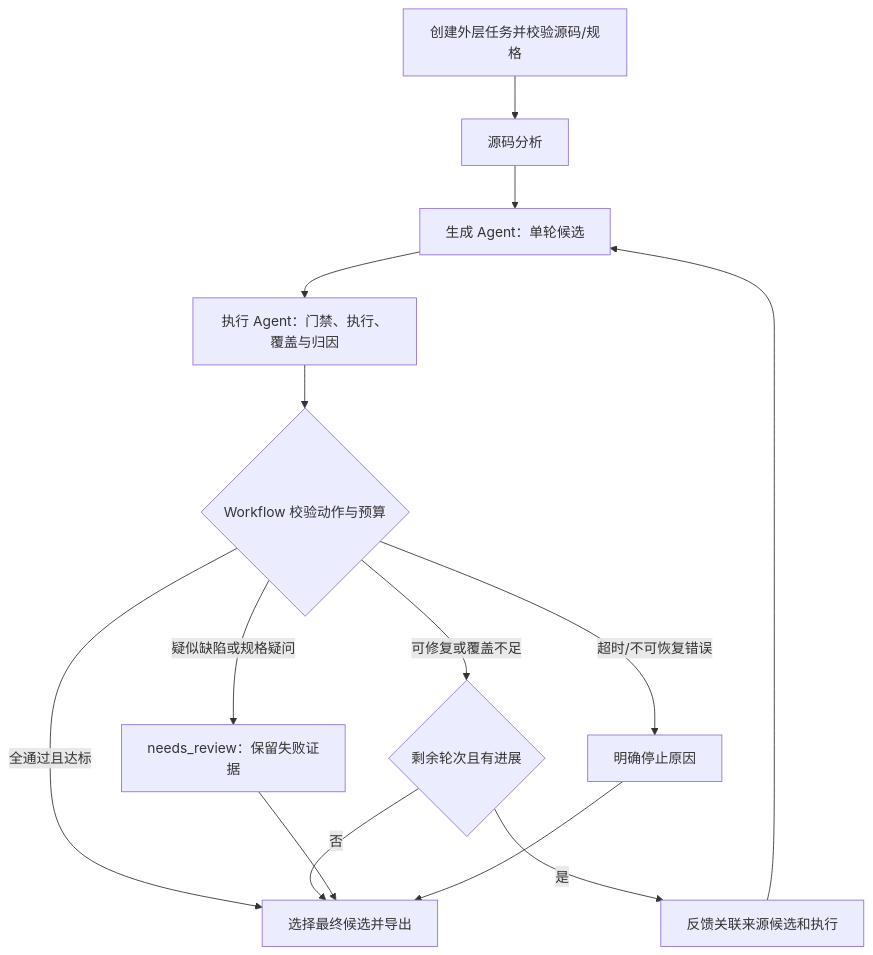
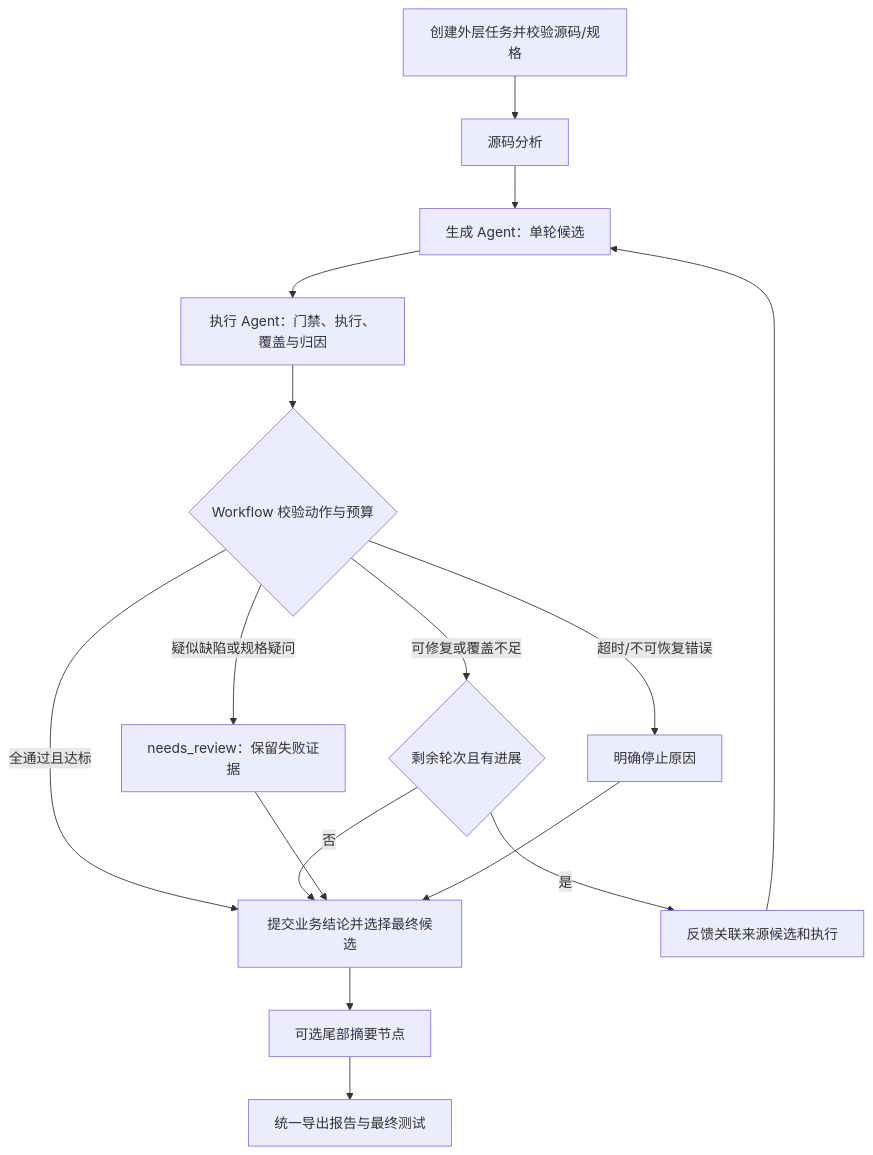
One commit to ZHZ1111/Workflow changed the second of 3 diagrams in Design.md. Above: the diagram before and after it, drawn with Mermaid. The commit also changed other lines of this file and 26 other files, not shown here.

First line of the commit message:
feat(p6): add event schema, event logs, feedback messages, and result summary node

````diff
--- a/Design.md
+++ b/Design.md
@@ -26,16 +28,18 @@
 ```mermaid
 flowchart TD
     I[创建外层任务并校验源码/规格] --> A[源码分析]
     A --> G[生成 Agent：单轮候选]
     G --> E[执行 Agent：门禁、执行、覆盖与归因]
     E --> D{Workflow 校验动作与预算}
-    D -->|全通过且达标| R[选择最终候选并导出]
+    D -->|全通过且达标| R[提交业务结论并选择最终候选]
     D -->|可修复或覆盖不足| B{剩余轮次且有进展}
     B -->|是| F[反馈关联来源候选和执行]
     F --> G
     B -->|否| R
     D -->|疑似缺陷或规格疑问| H[needs_review：保留失败证据]
     D -->|超时/不可恢复错误| X[明确停止原因]
     H --> R
     X --> R
+    R --> N[可选尾部摘要节点]
+    N --> O[统一导出报告与最终测试]
 ```
````
